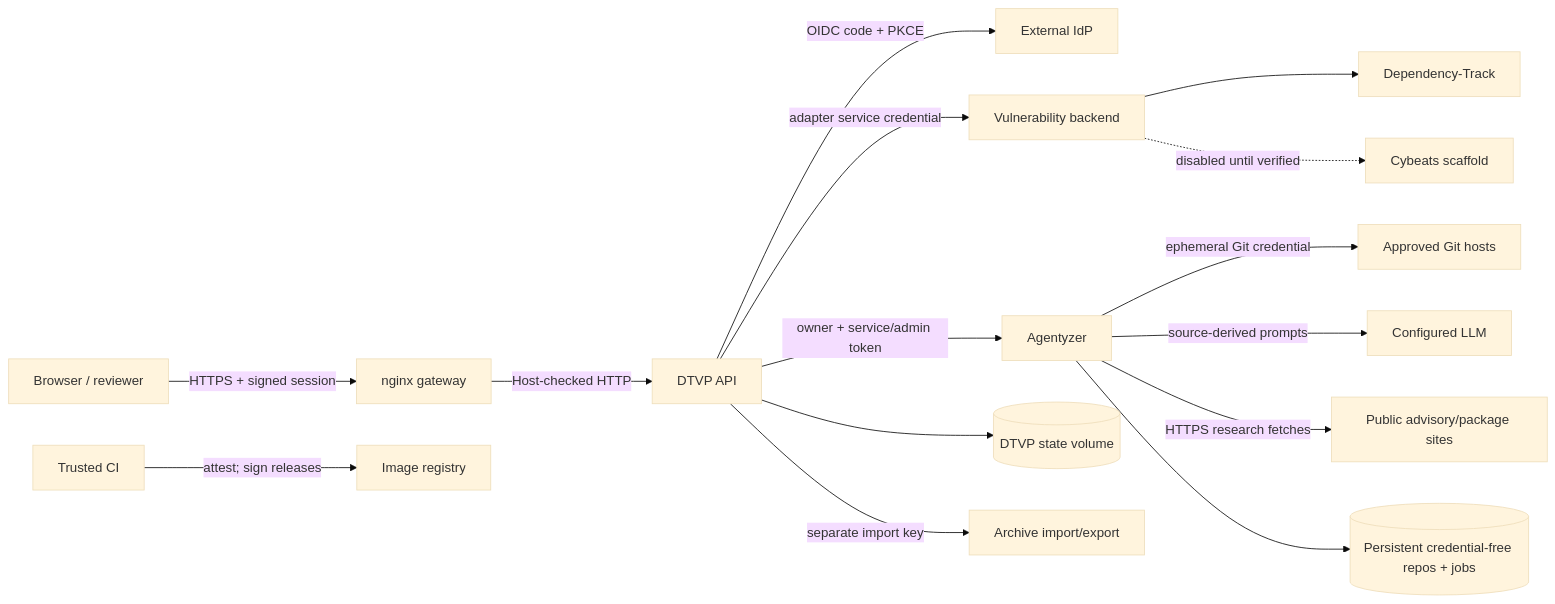
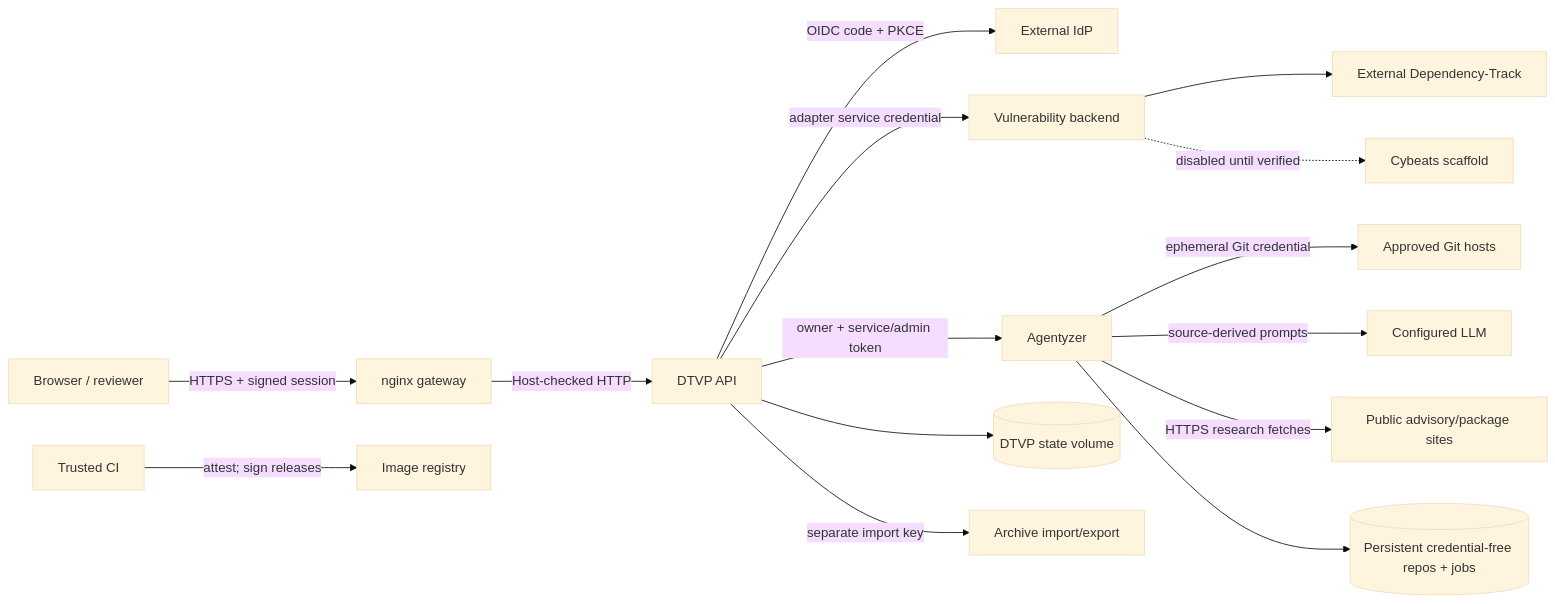
Before and after one commit to phbaer/dtvp: the diagram in docs/threat-model.md, drawn with Mermaid (base theme). The commit also changed other lines of this file and 40 other files, not shown here.

Commit message:
Move the dependency track demo our of the main config

````diff
--- a/docs/threat-model.md
+++ b/docs/threat-model.md
@@ -62,17 +65,17 @@
 ```mermaid
 flowchart LR
     Browser[Browser / reviewer] -->|HTTPS + signed session| Gateway[nginx gateway]
     Gateway -->|Host-checked HTTP| DTVP[DTVP API]
     DTVP -->|OIDC code + PKCE| IdP[External IdP]
     DTVP -->|adapter service credential| Backend[Vulnerability backend]
-    Backend --> DT[Dependency-Track]
+    Backend --> DT[External Dependency-Track]
     Backend -. disabled until verified .-> Cybeats[Cybeats scaffold]
     DTVP -->|owner + service/admin token| Analyzer[Agentyzer]
     Analyzer -->|ephemeral Git credential| Git[Approved Git hosts]
     Analyzer -->|source-derived prompts| LLM[Configured LLM]
     Analyzer -->|HTTPS research fetches| Web[Public advisory/package sites]
     DTVP --> State[(DTVP state volume)]
     Analyzer --> Repos[(Persistent credential-free repos + jobs)]
     DTVP -->|separate import key| Archive[Archive import/export]
     CI[Trusted CI] -->|attest; sign releases| Registry[Image registry]
 ```
````
